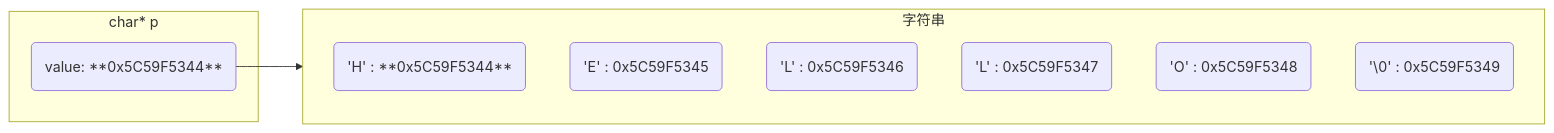
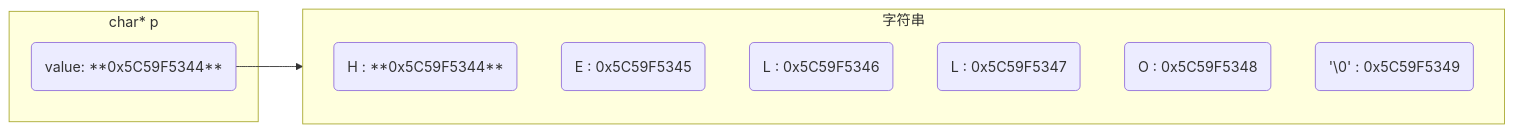
One commit to dmjcb/dmjcb.github.io changed the third of 3 diagrams in _posts/language/c_c++/2021-11-13-字符.md. Above: the diagram before and after it, drawn with Mermaid. The commit also changed other lines of this file and 13 other files, not shown here.

````diff
--- a/_posts/language/c_c++/2021-11-13-字符.md
+++ b/_posts/language/c_c++/2021-11-13-字符.md
@@ -115,16 +116,15 @@
 ```mermaid
 graph LR
-subgraph 字符串
-direction TB
-a0('H' : **0x5C59F5344**)
-a1('E' : 0x5C59F5345)
-a2('L' : 0x5C59F5346)
-a3('L' : 0x5C59F5347)
-a4('O' : 0x5C59F5348)
-a5('\0' : 0x5C59F5349)
-end
-
-subgraph char* p
-v(value: **0x5C59F5344**)-->a0
-end
+    subgraph 字符串
+        direction TB
+        a0(H : **0x5C59F5344**)
+        a1(E : 0x5C59F5345)
+        a2(L : 0x5C59F5346)
+        a3(L : 0x5C59F5347)
+        a4(O : 0x5C59F5348)
+        a5('\0' : 0x5C59F5349)
+    end
+    subgraph char* p
+        v(value: **0x5C59F5344**)-->a0
+    end
 ```
````
